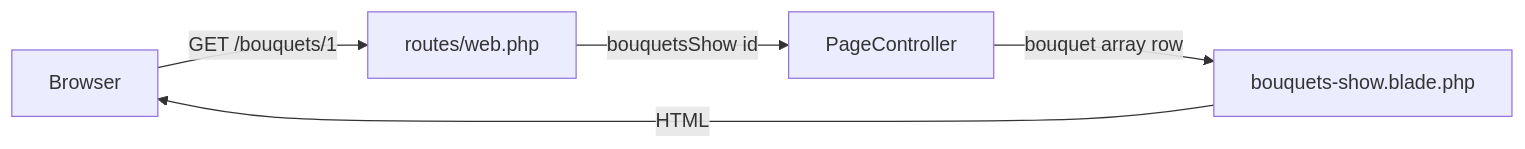
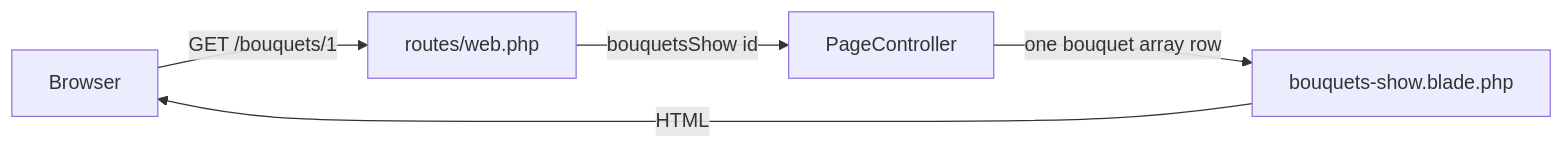
The diagram in docs/LARAVEL-BASICS-ORAL-DEFENSE.md (ichigokekiii/laravel-elec), drawn with Mermaid before and after one commit. The commit also changed other lines of this file and 4 other files, not shown here.

````diff
--- a/docs/LARAVEL-BASICS-ORAL-DEFENSE.md
+++ b/docs/LARAVEL-BASICS-ORAL-DEFENSE.md
@@ -53,7 +372,7 @@
 ```mermaid
 flowchart LR
   Browser -->|GET /bouquets/1| WebPhp[routes/web.php]
   WebPhp -->|bouquetsShow id| PageController
-  PageController -->|bouquet array row| BladeView[bouquets-show.blade.php]
+  PageController -->|one bouquet array row| BladeView[bouquets-show.blade.php]
   BladeView -->|HTML| Browser
 ```
````
